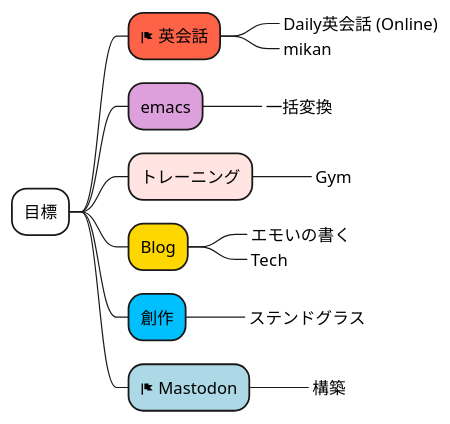
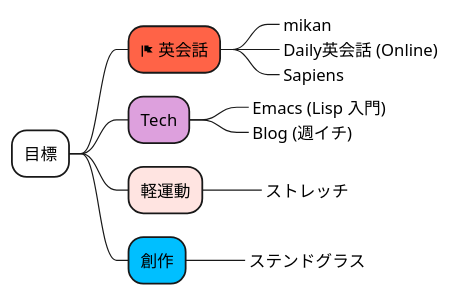
The diagram in test.puml (Ishizuka427/MindMap), drawn with PlantUML before and after one commit.

```diff
--- a/test.puml
+++ b/test.puml
@@ -1,17 +1,14 @@
 @startmindmap
 *[#white] 目標
 **[#tomato] <&flag> 英会話
+***_ mikan
 ***_ Daily英会話 (Online)
-***_ mikan
-**[#plum] emacs
-***_ 一括変換
-**[#mistyrose] トレーニング
-***_ Gym
-**[#gold] Blog
-***_ エモいの書く
-***_ Tech
+***_ Sapiens
+**[#plum] Tech
+***_ Emacs (Lisp 入門)
+***_ Blog (週イチ)
+**[#mistyrose] 軽運動
+***_ ストレッチ
 **[#deepskyblue] 創作
 ***_ ステンドグラス
-**[#lightblue] <&flag> Mastodon
-***_ 構築
 @endmindmap
```
